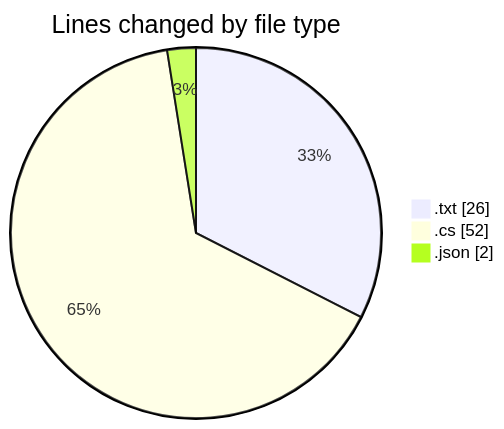
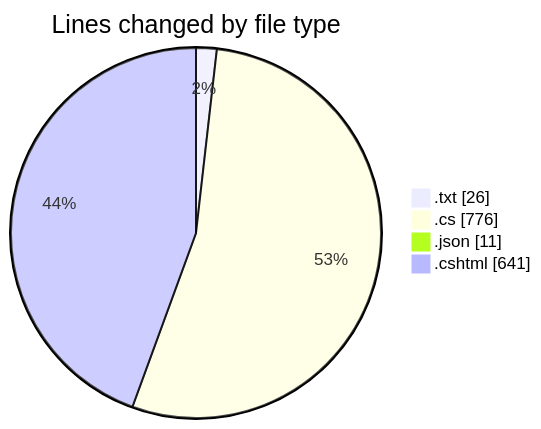
The first of 2 diagrams in 2025-07-27/quanlyrapchieuphim-1/README.md (lephambinh05/code-tracking), drawn with Mermaid before and after one commit. The commit also changed other lines of this file and 1 other file, not shown here.

````diff
--- a/2025-07-27/quanlyrapchieuphim-1/README.md
+++ b/2025-07-27/quanlyrapchieuphim-1/README.md
@@ -23,7 +29,8 @@
 ```mermaid
 pie showData
 title Lines changed by file type
 ".txt" : 26
-".cs" : 52
-".json" : 2
+".cs" : 776
+".json" : 11
+".cshtml" : 641
 ```
````
